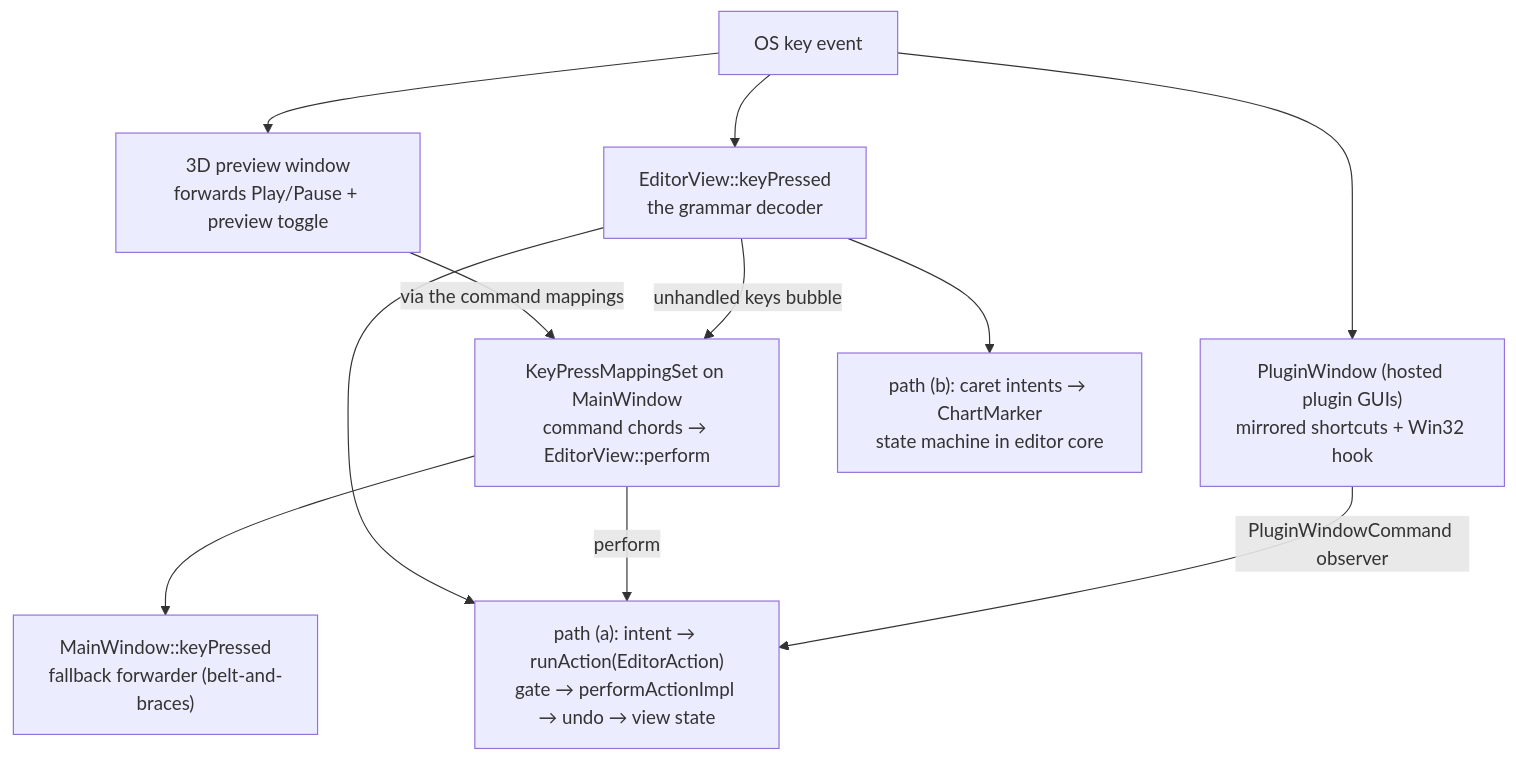
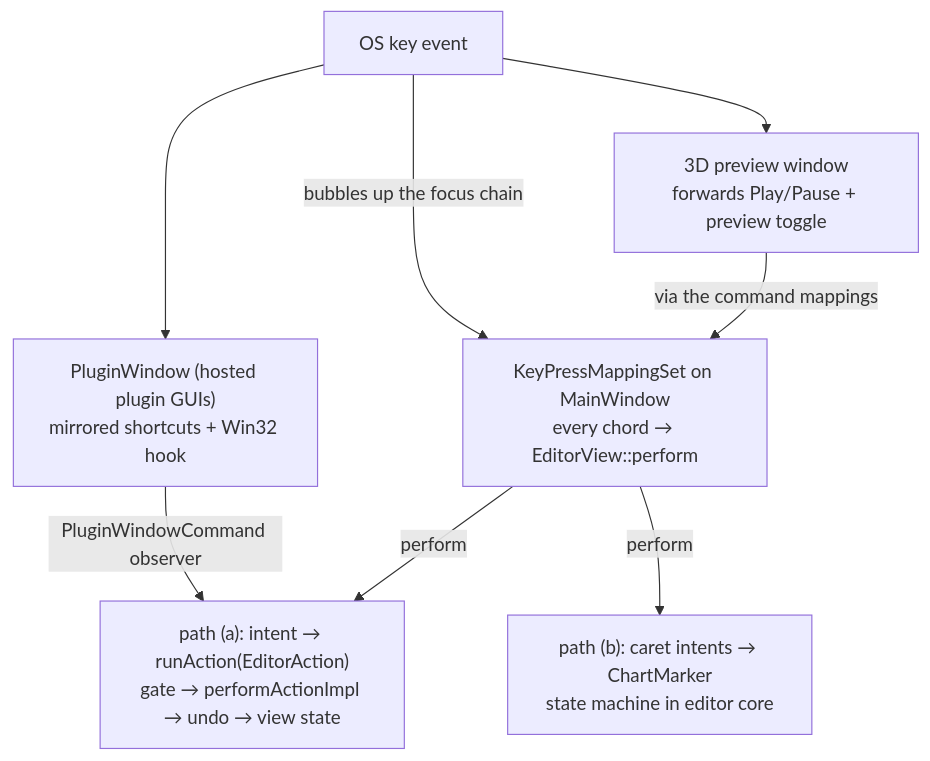
One commit to tnt-coders/RockHero changed the diagram in docs/developer/keyboard-input.md. Above: the diagram before and after it, drawn with Mermaid. The commit also changed other lines of this file and 18 other files, not shown here.

````diff
--- a/docs/developer/keyboard-input.md
+++ b/docs/developer/keyboard-input.md
@@ -26,26 +26,19 @@
 ```mermaid
 flowchart TB
     os["OS key event"]
-    ev["`EditorView::keyPressed
-    the grammar decoder`"]
     kpms["`KeyPressMappingSet on MainWindow
-    command chords → EditorView::perform`"]
-    mw["`MainWindow::keyPressed
-    fallback forwarder (belt-and-braces)`"]
+    every chord → EditorView::perform`"]
     pw["`PluginWindow (hosted plugin GUIs)
     mirrored shortcuts + Win32 hook`"]
     pv["`3D preview window
     forwards Play/Pause + preview toggle`"]
     action["`path (a): intent → runAction(EditorAction)
     gate → performActionImpl → undo → view state`"]
     caret["`path (b): caret intents → ChartMarker
     state machine in editor core`"]
-    os --> ev
-    ev -- unhandled keys bubble --> kpms
-    kpms --> mw
+    os -- bubbles up the focus chain --> kpms
     os --> pw -- PluginWindowCommand observer --> action
     os --> pv -- via the command mappings --> kpms
     kpms -- perform --> action
-    ev --> action
-    ev --> caret
+    kpms -- perform --> caret
 ```
````
